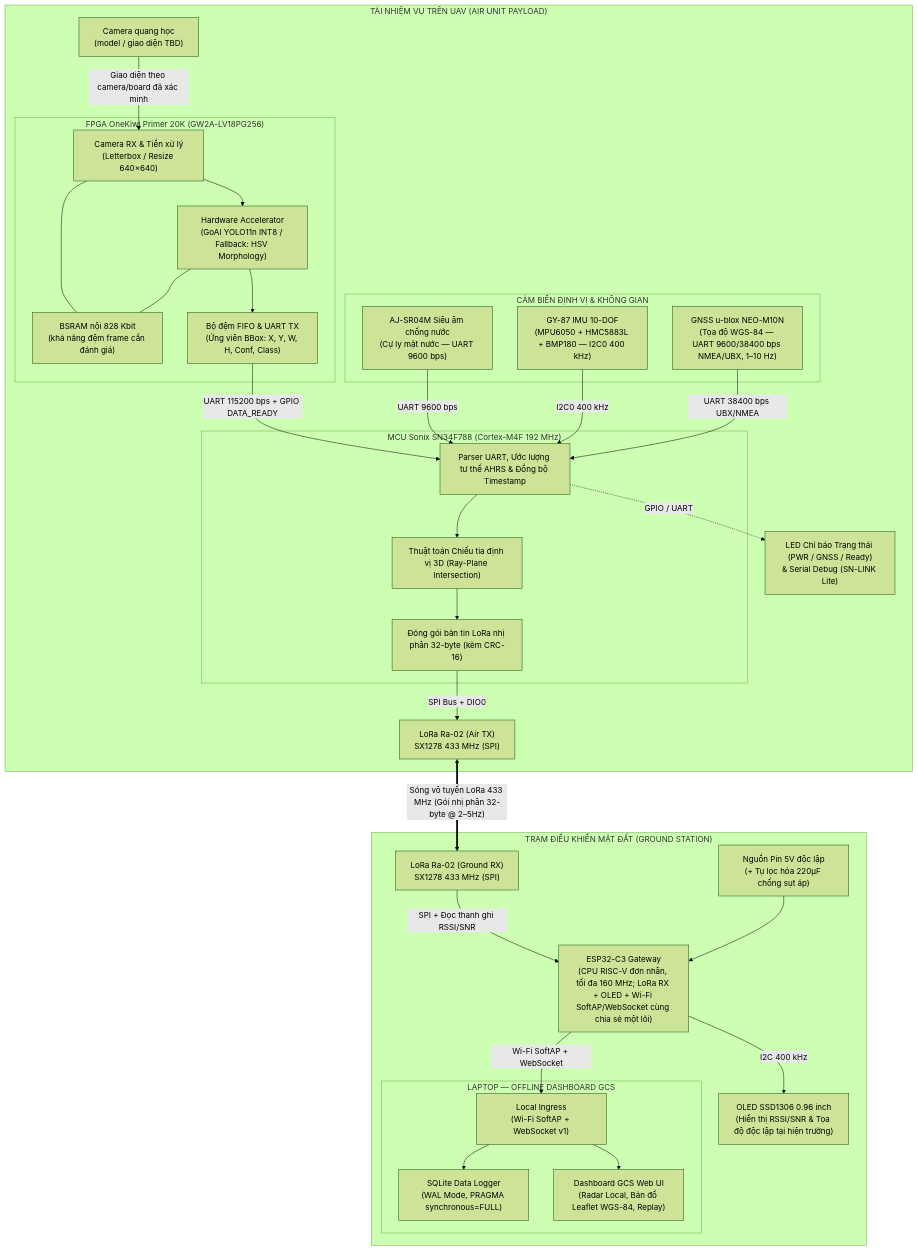
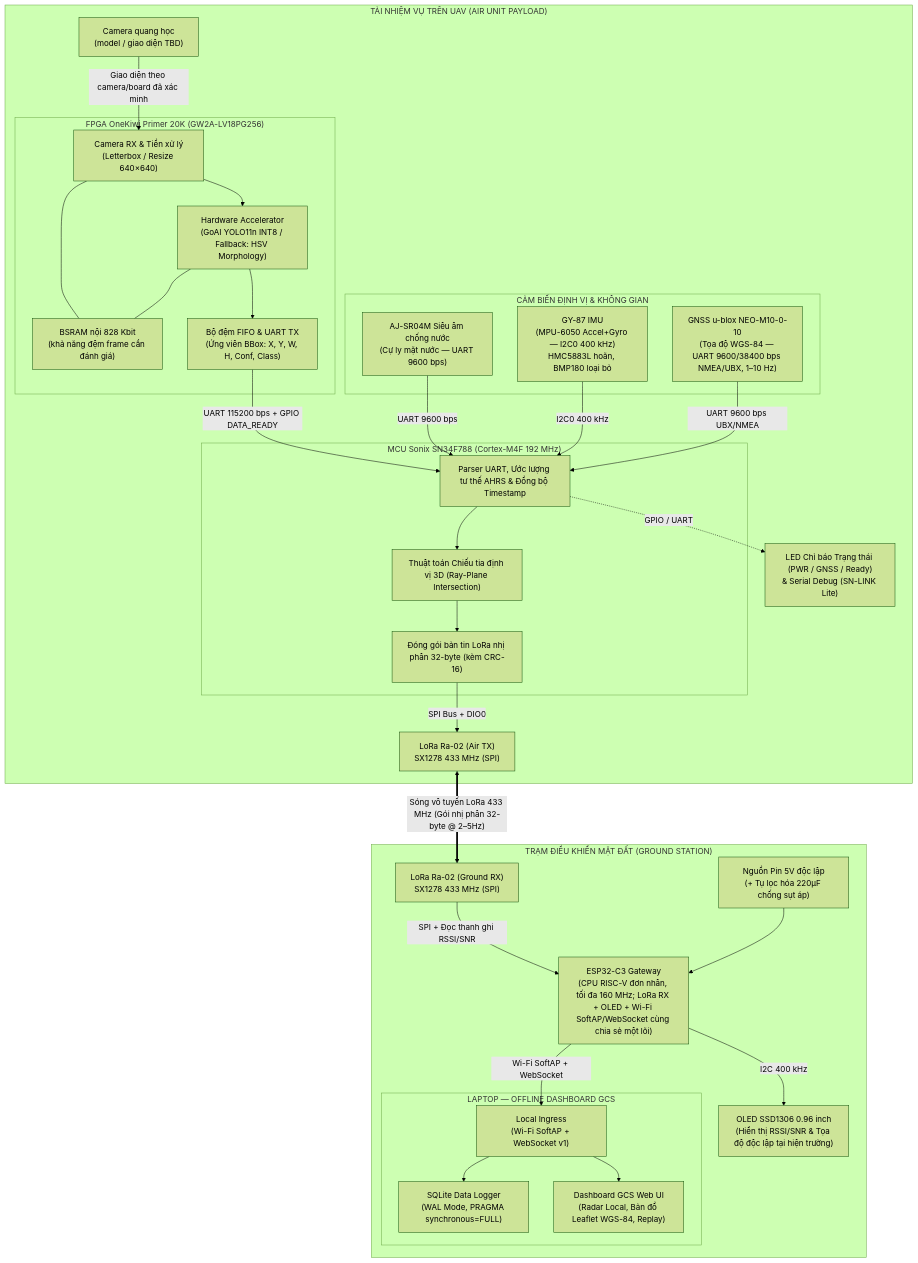
Before and after one commit to duyphong375/uav_payload: the diagram in docs/architecture/KVC_ThietKeHeThong.md, drawn with Mermaid (forest theme). The commit also changed other lines of this file and 40 other files, not shown here.

First line of the commit message:
feat(firmware): GNSS/UBX config, timebase, RF decode and net policy

````diff
--- a/docs/architecture/KVC_ThietKeHeThong.md
+++ b/docs/architecture/KVC_ThietKeHeThong.md
@@ -87,59 +87,59 @@
 ```mermaid
 flowchart TB
     subgraph AIR["TẢI NHIỆM VỤ TRÊN UAV (AIR UNIT PAYLOAD)"]
         CAM["Camera quang học<br/>(model / giao diện TBD)"]
         subgraph FPGA_BOX["FPGA OneKiwi Primer 20K (GW2A-LV18PG256)"]
             RX["Camera RX & Tiền xử lý<br/>(Letterbox / Resize 640×640)"]
             MEM["BSRAM nội 828 Kbit<br/>(khả năng đệm frame cần đánh giá)"]
             AI["Hardware Accelerator<br/>(GoAI YOLO11n INT8 / Fallback: HSV Morphology)"]
             TX["Bộ đệm FIFO & UART TX<br/>(Ứng viên BBox: X, Y, W, H, Conf, Class)"]
             RX --- MEM
             RX --> AI
             AI --- MEM
             AI --> TX
         end
         subgraph MCU_AIR["MCU Sonix SN34F788 (Cortex-M4F 192 MHz)"]
             FUSION["Parser UART, Ước lượng tư thế AHRS & Đồng bộ Timestamp"]
             GEOREF["Thuật toán Chiếu tia định vị 3D (Ray-Plane Intersection)"]
             PACKET["Đóng gói bản tin LoRa nhị phân 32-byte (kèm CRC-16)"]
             FUSION --> GEOREF --> PACKET
         end
         subgraph SENSORS["CẢM BIẾN ĐỊNH VỊ & KHÔNG GIAN"]
             ULTRASONIC["AJ-SR04M Siêu âm chống nước<br/>(Cự ly mặt nước — UART 9600 bps)"]
-            IMU["GY-87 IMU 10-DOF<br/>(MPU6050 + HMC5883L + BMP180 — I2C0 400 kHz)"]
-            GNSS["GNSS u-blox NEO-M10N<br/>(Tọa độ WGS-84 — UART 9600/38400 bps NMEA/UBX, 1–10 Hz)"]
+            IMU["GY-87 IMU<br/>(MPU-6050 Accel+Gyro — I2C0 400 kHz)<br/>HMC5883L hoãn, BMP180 loại bỏ"]
+            GNSS["GNSS u-blox NEO-M10-0-10<br/>(Tọa độ WGS-84 — UART 9600/38400 bps NMEA/UBX, 1–10 Hz)"]
         end
         RF1["LoRa Ra-02 (Air TX)<br/>SX1278 433 MHz (SPI)"]
         LED_STATUS["LED Chỉ báo Trạng thái (PWR / GNSS / Ready)<br/>& Serial Debug (SN-LINK Lite)"]
 
         CAM -->|Giao diện theo camera/board đã xác minh| RX
         TX -->|UART 115200 bps + GPIO DATA_READY| FUSION
         ULTRASONIC -->|UART 9600 bps| FUSION
         IMU -->|I2C0 400 kHz| FUSION
-        GNSS -->|UART 38400 bps UBX/NMEA| FUSION
+        GNSS -->|UART 9600 bps UBX/NMEA| FUSION
         PACKET -->|SPI Bus + DIO0| RF1
         FUSION -.->|GPIO / UART| LED_STATUS
     end
 
     subgraph GROUND["TRẠM ĐIỀU KHIỂN MẶT ĐẤT (GROUND STATION)"]
         RF2["LoRa Ra-02 (Ground RX)<br/>SX1278 433 MHz (SPI)"]
         MCU_GND["ESP32-C3 Gateway<br/>(CPU RISC-V đơn nhân, tối đa 160 MHz; LoRa RX + OLED + Wi-Fi SoftAP/WebSocket cùng chia sẻ một lõi)"]
         OLED_GND["OLED SSD1306 0.96 inch<br/>(Hiển thị RSSI/SNR & Tọa độ độc lập tại hiện trường)"]
         PWR["Nguồn Pin 5V độc lập<br/>(+ Tụ lọc hóa 220µF chống sụt áp)"]
 
         subgraph PC["LAPTOP — OFFLINE DASHBOARD GCS"]
             INGRESS["Local Ingress<br/>(Wi-Fi SoftAP + WebSocket v1)"]
             DB["SQLite Data Logger<br/>(WAL Mode, PRAGMA synchronous=FULL)"]
             UI["Dashboard GCS Web UI<br/>(Radar Local, Bản đồ Leaflet WGS-84, Replay)"]
             INGRESS --> DB
             INGRESS --> UI
         end
 
         RF2 -->|SPI + Đọc thanh ghi RSSI/SNR| MCU_GND
         PWR --> MCU_GND
         MCU_GND -->|I2C 400 kHz| OLED_GND
         MCU_GND -->|Wi-Fi SoftAP + WebSocket| INGRESS
     end
 
     RF1 <==>|"Sóng vô tuyến LoRa 433 MHz (Gói nhị phân 32-byte @ 2–5Hz)"| RF2
 ```
````
